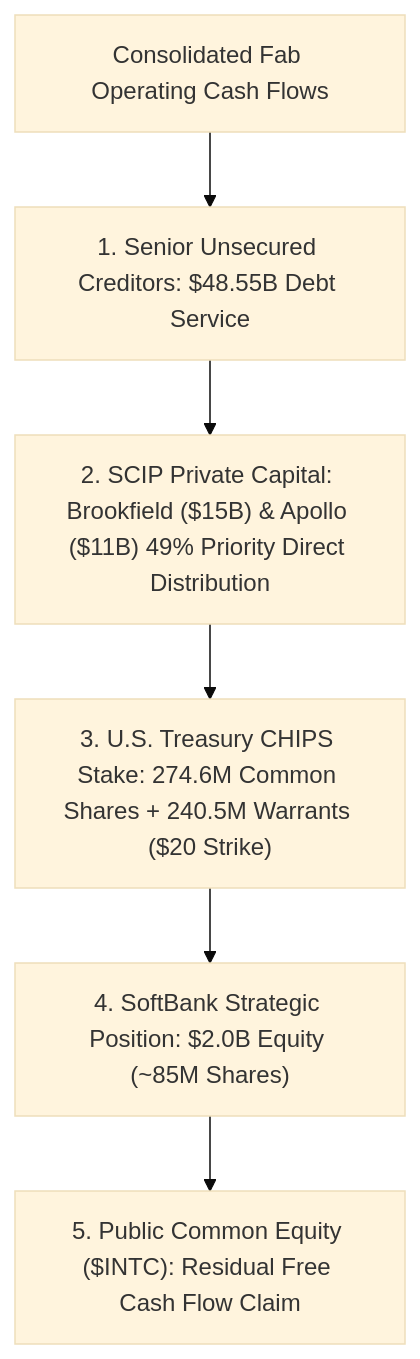
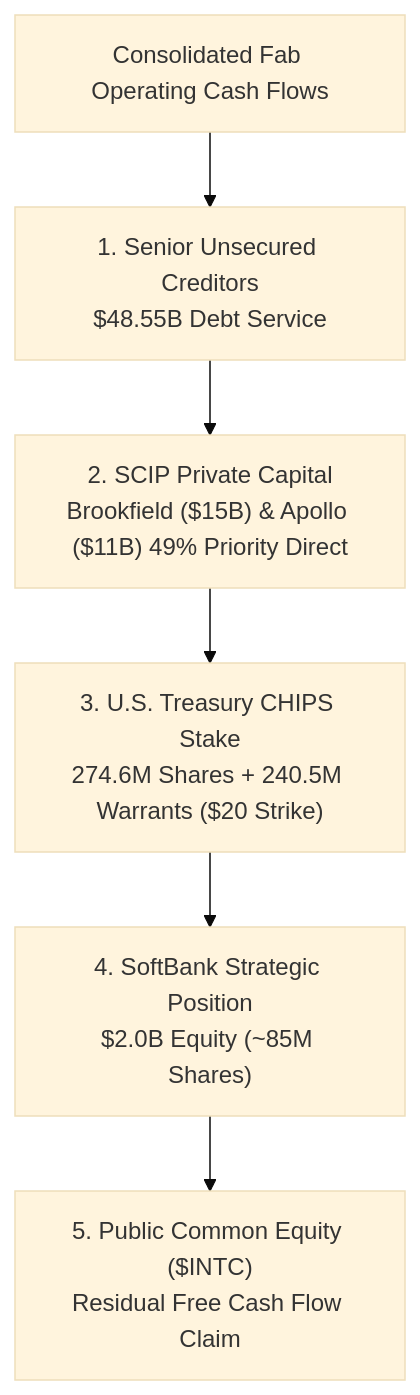
Before and after one commit to Unheat/memeTrading: the second of 3 diagrams in web/src/content/articles/intc-intc-2026-09-28-001.md, drawn with Mermaid (base theme). The commit also changed other lines of this file and 5 other files, not shown here.

First line of the commit message:
fix(frontend,media): resolve black-on-black code blocks and Mermaid text clipping

````diff
--- a/web/src/content/articles/intc-intc-2026-09-28-001.md
+++ b/web/src/content/articles/intc-intc-2026-09-28-001.md
@@ -191,8 +263,8 @@
 ```mermaid
 flowchart TD
-    CashFlow["Consolidated Fab Operating Cash Flows"] --> Tier1["1. Senior Unsecured Creditors: $48.55B Debt Service"]
-    Tier1 --> Tier2["2. SCIP Private Capital: Brookfield ($15B) & Apollo ($11B) 49% Priority Direct Distribution"]
-    Tier2 --> Tier3["3. U.S. Treasury CHIPS Stake: 274.6M Common Shares + 240.5M Warrants ($20 Strike)"]
-    Tier3 --> Tier4["4. SoftBank Strategic Position: $2.0B Equity (~85M Shares)"]
-    Tier4 --> Tier5["5. Public Common Equity ($INTC): Residual Free Cash Flow Claim"]
+    CashFlow["Consolidated Fab Operating Cash Flows"] --> Tier1["1. Senior Unsecured Creditors<br/>$48.55B Debt Service"]
+    Tier1 --> Tier2["2. SCIP Private Capital<br/>Brookfield ($15B) & Apollo ($11B) 49% Priority Direct"]
+    Tier2 --> Tier3["3. U.S. Treasury CHIPS Stake<br/>274.6M Shares + 240.5M Warrants ($20 Strike)"]
+    Tier3 --> Tier4["4. SoftBank Strategic Position<br/>$2.0B Equity (~85M Shares)"]
+    Tier4 --> Tier5["5. Public Common Equity ($INTC)<br/>Residual Free Cash Flow Claim"]
 ```
````
